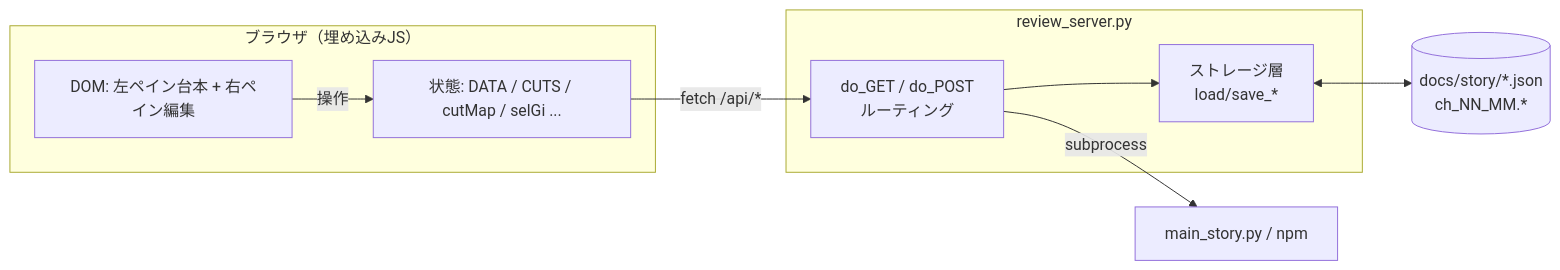
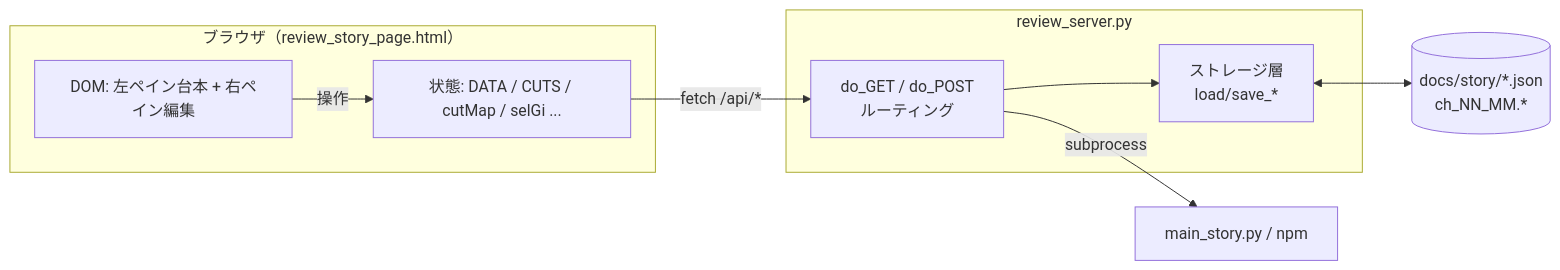
Before and after one commit to yokohamaak/zundamon-video: the diagram in docs/review-tool-spec.md, drawn with Mermaid. The commit also changed other lines of this file and 4 other files, not shown here.

````diff
--- a/docs/review-tool-spec.md
+++ b/docs/review-tool-spec.md
@@ -19,16 +19,16 @@
 ```mermaid
 flowchart LR
-    subgraph Browser[ブラウザ（埋め込みJS）]
+    subgraph Browser[ブラウザ（review_story_page.html）]
       ST[状態: DATA / CUTS / cutMap / selGi ...]
       DOM[DOM: 左ペイン台本 + 右ペイン編集]
     end
     subgraph Server[review_server.py]
       H[do_GET / do_POST<br/>ルーティング]
       SL[ストレージ層<br/>load/save_*]
     end
     DOM -- 操作 --> ST
     ST -- fetch /api/* --> H
     H --> SL
     SL <--> FS[(docs/story/*.json<br/>ch_NN_MM.*)]
     H -- subprocess --> JOB[main_story.py / npm]
 ```
````
